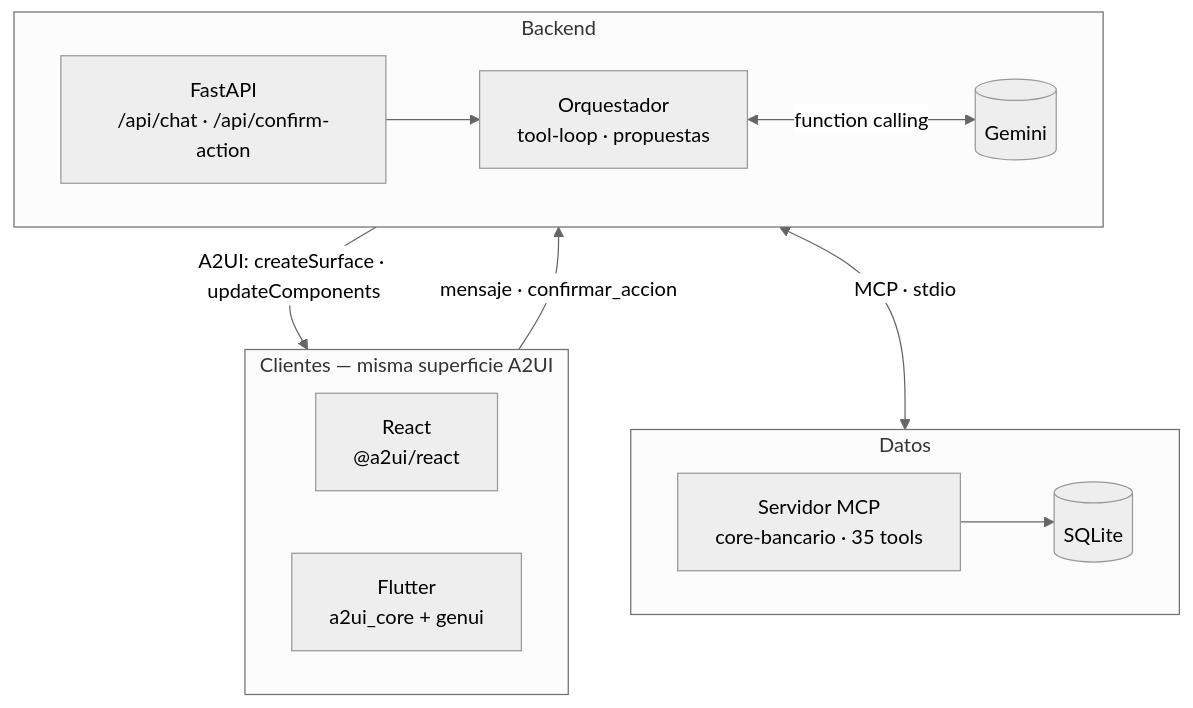
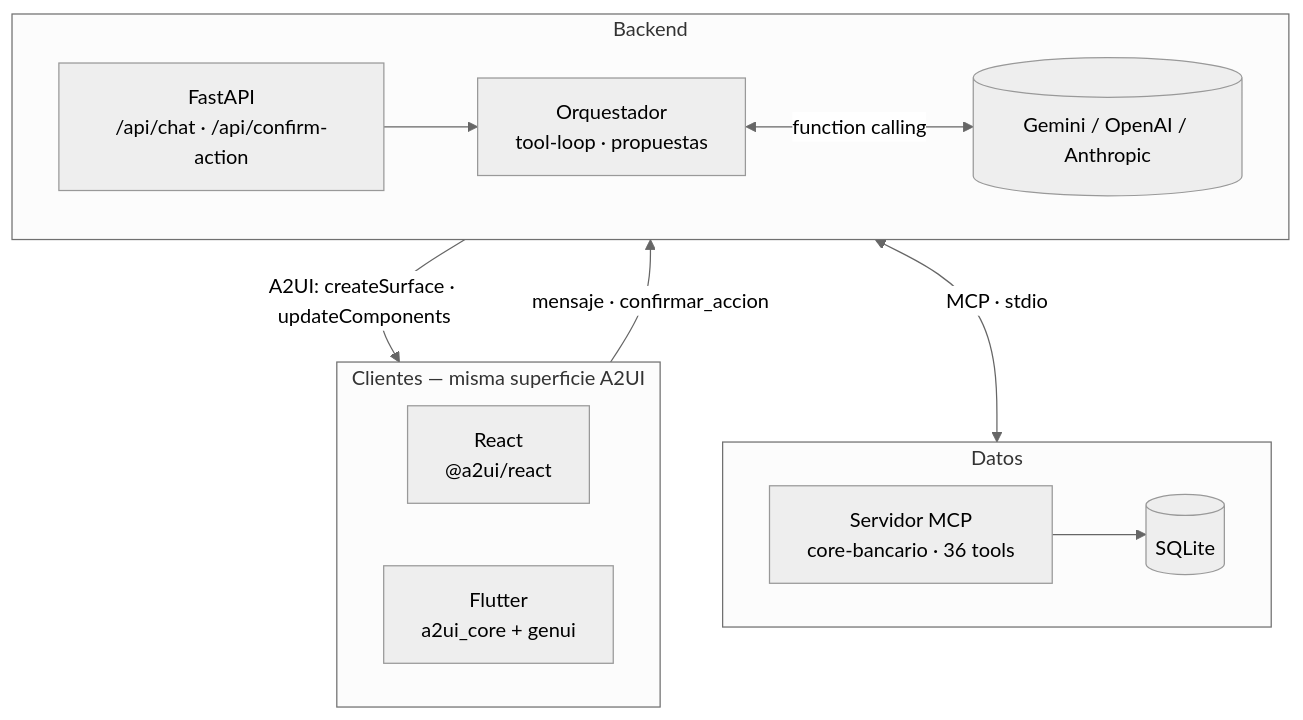
Before and after one commit to AdvantageLucky/Banorte-Me-Alcanza: the first of 2 diagrams in README.md, drawn with Mermaid (neutral theme). The commit also changed other lines of this file and 2 other files, not shown here.

````diff
--- a/README.md
+++ b/README.md
@@ -43,21 +45,21 @@
 ```mermaid
 flowchart TB
     subgraph Clientes["Clientes — misma superficie A2UI"]
         direction LR
         R["React<br/>@a2ui/react"]
         F["Flutter<br/>a2ui_core + genui"]
     end
     subgraph Backend
         direction LR
         API["FastAPI<br/>/api/chat · /api/confirm-action"] --> ORQ["Orquestador<br/>tool-loop · propuestas"]
-        ORQ <-->|"function calling"| LLM[("Gemini")]
+        ORQ <-->|"function calling"| LLM[("Gemini / OpenAI / Anthropic")]
     end
     subgraph Datos
         direction LR
-        MCP["Servidor MCP<br/>core-bancario · 35 tools"] --> DB[("SQLite")]
+        MCP["Servidor MCP<br/>core-bancario · 36 tools"] --> DB[("SQLite")]
     end
 
     Clientes -->|"mensaje · confirmar_accion"| API
     API -->|"A2UI: createSurface · updateComponents"| Clientes
     ORQ <-->|"MCP · stdio"| MCP
 ```
````
